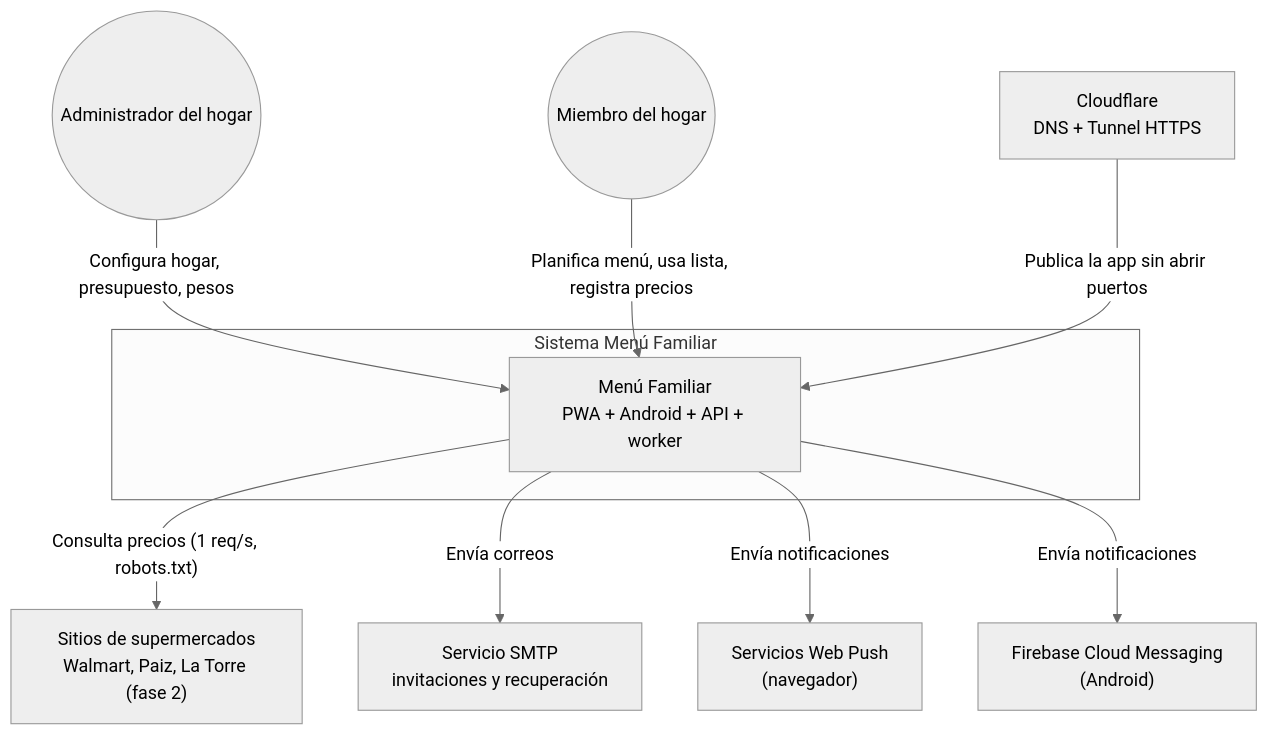
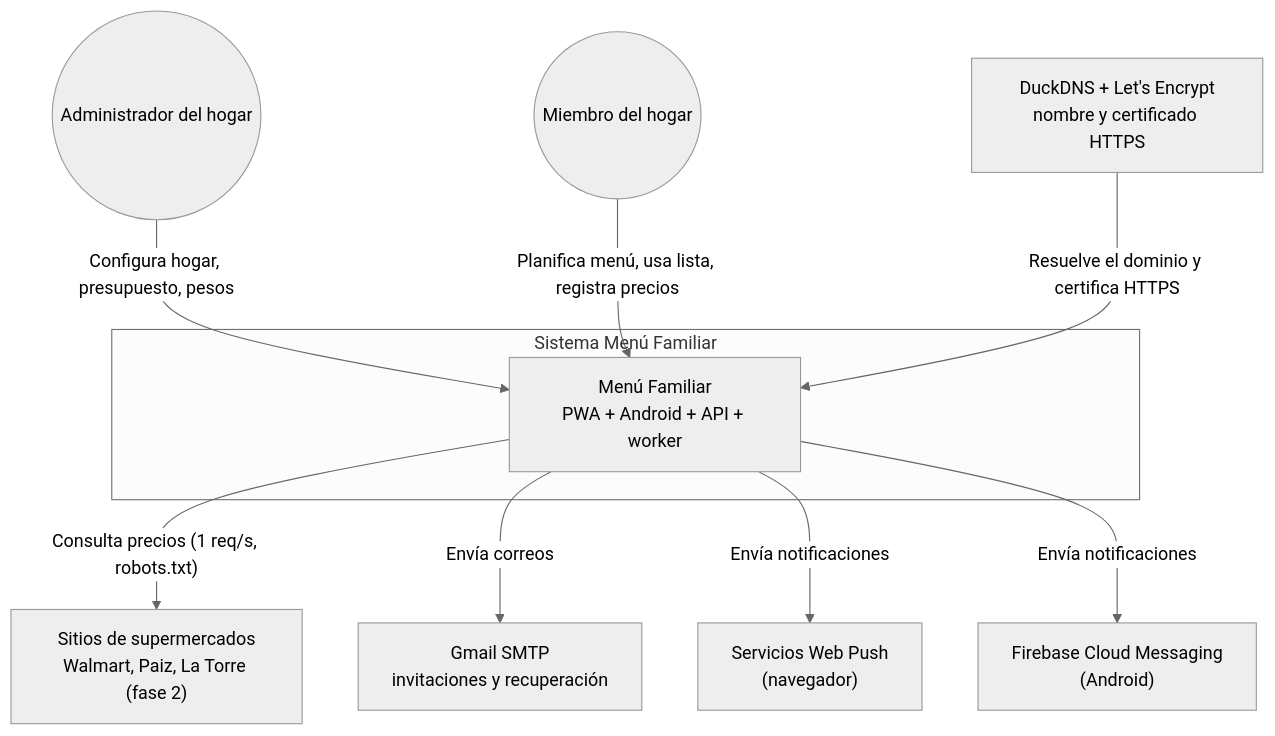
One commit to devrenerosales/App_Comidas changed the first of 5 diagrams in docs/02-diseno/arquitectura.md. Above: the diagram before and after it, drawn with Mermaid (neutral theme). The commit also changed other lines of this file and 27 other files, not shown here.

First line of the commit message:
docs(despliegue): producción en Oracle Cloud ARM con Caddy, DuckDNS y Gmail SMTP

````diff
--- a/docs/02-diseno/arquitectura.md
+++ b/docs/02-diseno/arquitectura.md
@@ -29,23 +29,23 @@
 ```mermaid
 flowchart TB
   ADM(("Administrador del hogar"))
   MIE(("Miembro del hogar"))
 
   subgraph SIS["Sistema Menú Familiar"]
     MF["Menú Familiar<br>PWA + Android + API + worker"]
   end
 
   SUP["Sitios de supermercados<br>Walmart, Paiz, La Torre (fase 2)"]
-  MAIL["Servicio SMTP<br>invitaciones y recuperación"]
+  MAIL["Gmail SMTP<br>invitaciones y recuperación"]
   WPS["Servicios Web Push<br>(navegador)"]
   FCM["Firebase Cloud Messaging<br>(Android)"]
-  CF["Cloudflare<br>DNS + Tunnel HTTPS"]
+  CF["DuckDNS + Let's Encrypt<br>nombre y certificado HTTPS"]
 
   ADM -- "Configura hogar, presupuesto, pesos" --> MF
   MIE -- "Planifica menú, usa lista, registra precios" --> MF
   MF -- "Consulta precios (1 req/s, robots.txt)" --> SUP
   MF -- "Envía correos" --> MAIL
   MF -- "Envía notificaciones" --> WPS
   MF -- "Envía notificaciones" --> FCM
-  CF -- "Publica la app sin abrir puertos" --> MF
+  CF -- "Resuelve el dominio y certifica HTTPS" --> MF
 ```
````
